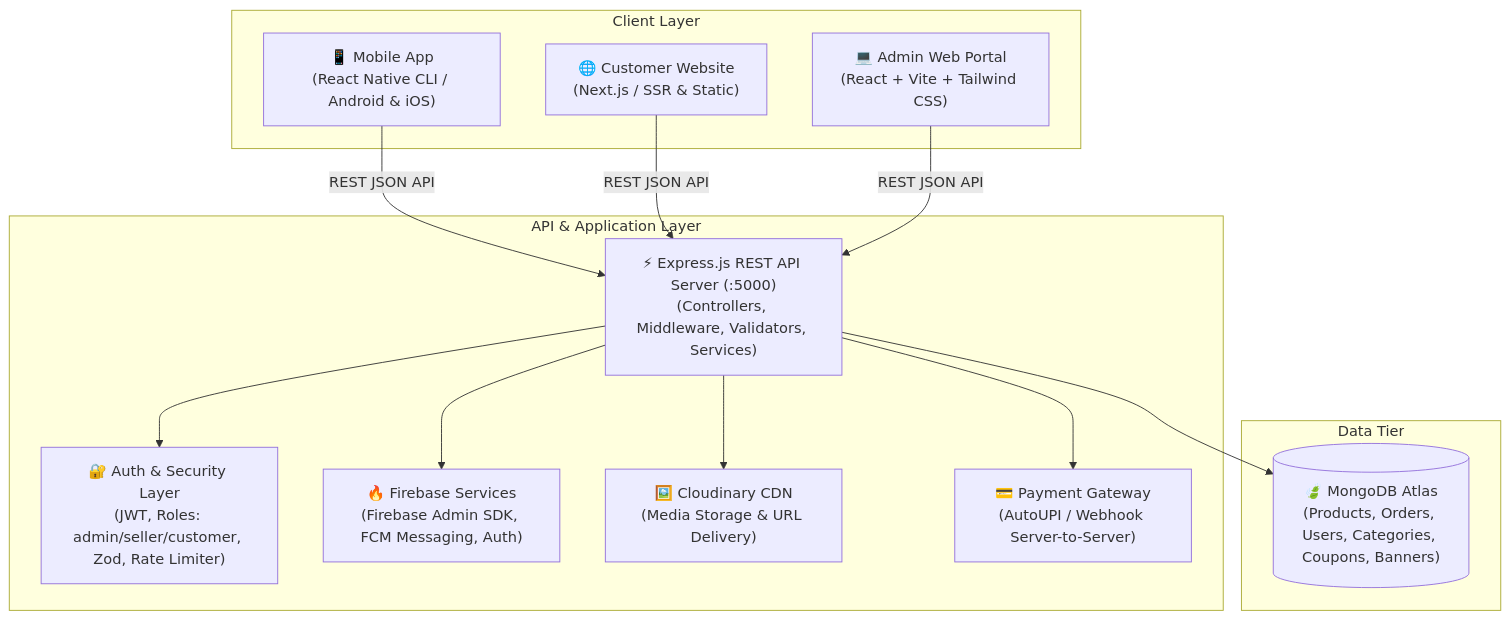
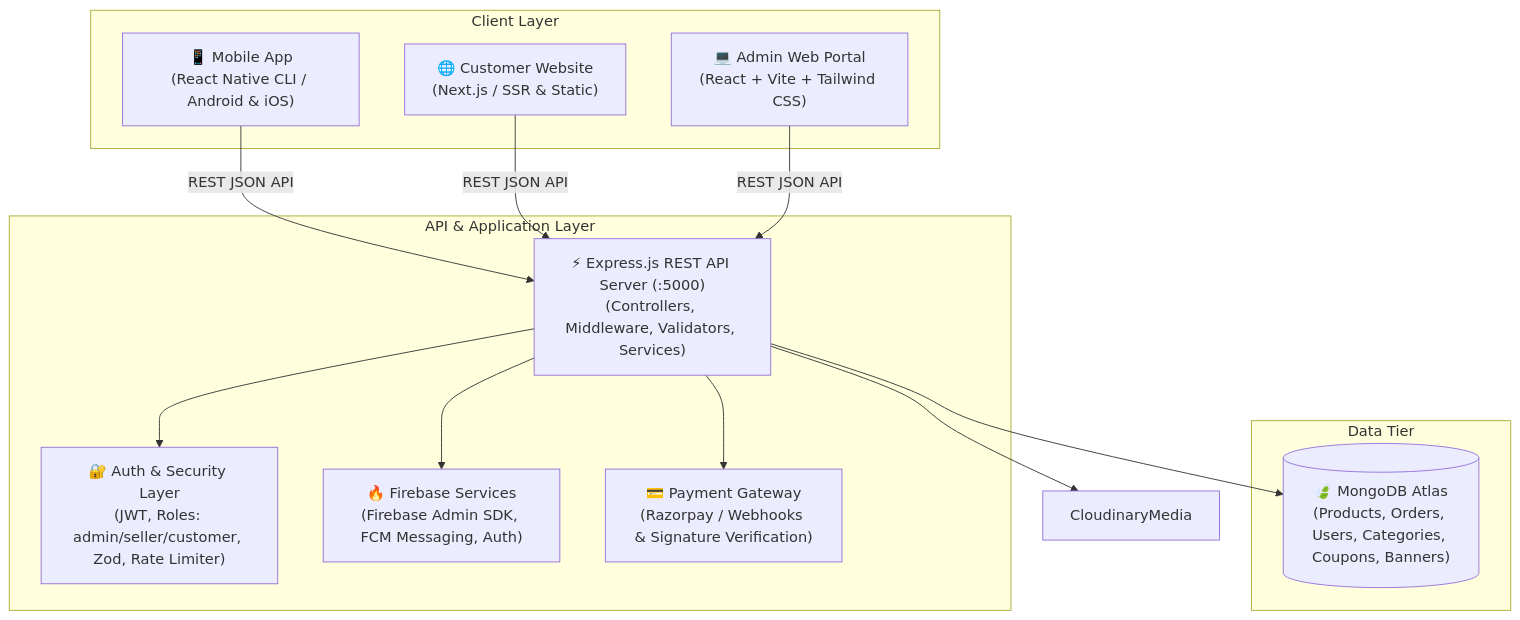
The diagram in docs/ARCHITECTURE.md (kunal285/Tech-Crate), drawn with Mermaid before and after one commit. The commit also changed 55 other files, not shown here.

Commit message:
fix(core): resolve bugs A-D across product archival, media rendering, payment flows, and terminal-free configurations

````diff
--- a/docs/ARCHITECTURE.md
+++ b/docs/ARCHITECTURE.md
@@ -9,30 +9,29 @@
 ```mermaid
 graph TD
     subgraph Client Layer
         Mobile["📱 Mobile App<br/>(React Native CLI / Android & iOS)"]
         Website["🌐 Customer Website<br/>(Next.js / SSR & Static)"]
         Admin["💻 Admin Web Portal<br/>(React + Vite + Tailwind CSS)"]
     end
 
     subgraph API & Application Layer
         Express["⚡ Express.js REST API Server (:5000)<br/>(Controllers, Middleware, Validators, Services)"]
         AuthLayer["🔐 Auth & Security Layer<br/>(JWT, Roles: admin/seller/customer, Zod, Rate Limiter)"]
         FirebaseSvcs["🔥 Firebase Services<br/>(Firebase Admin SDK, FCM Messaging, Auth)"]
-        CloudinaryMedia["🖼️ Cloudinary CDN<br/>(Media Storage & URL Delivery)"]
-        AutoUPI["💳 Payment Gateway<br/>(AutoUPI / Webhook Server-to-Server)"]
+        Razorpay["💳 Payment Gateway<br/>(Razorpay / Webhooks & Signature Verification)"]
     end
 
     subgraph Data Tier
         MongoDB[("🍃 MongoDB Atlas<br/>(Products, Orders, Users, Categories, Coupons, Banners)")]
     end
 
     Mobile -->|REST JSON API| Express
     Website -->|REST JSON API| Express
     Admin -->|REST JSON API| Express
 
     Express --> AuthLayer
     Express --> FirebaseSvcs
     Express --> CloudinaryMedia
-    Express --> AutoUPI
+    Express --> Razorpay
     Express --> MongoDB
 ```
````
